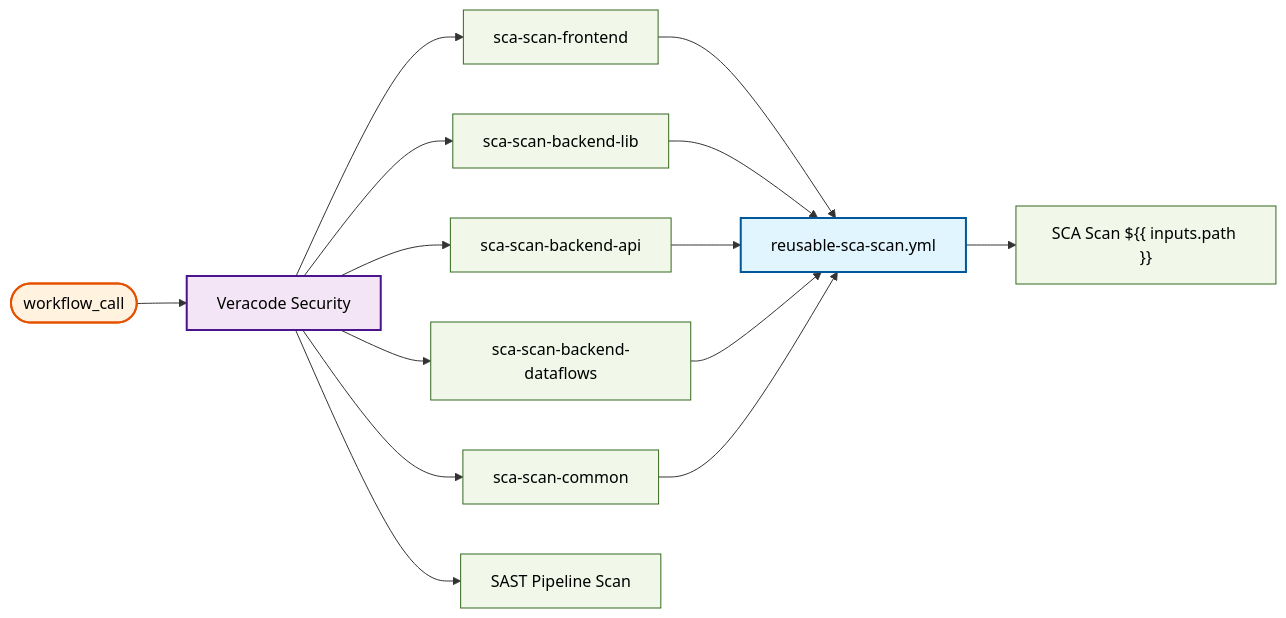
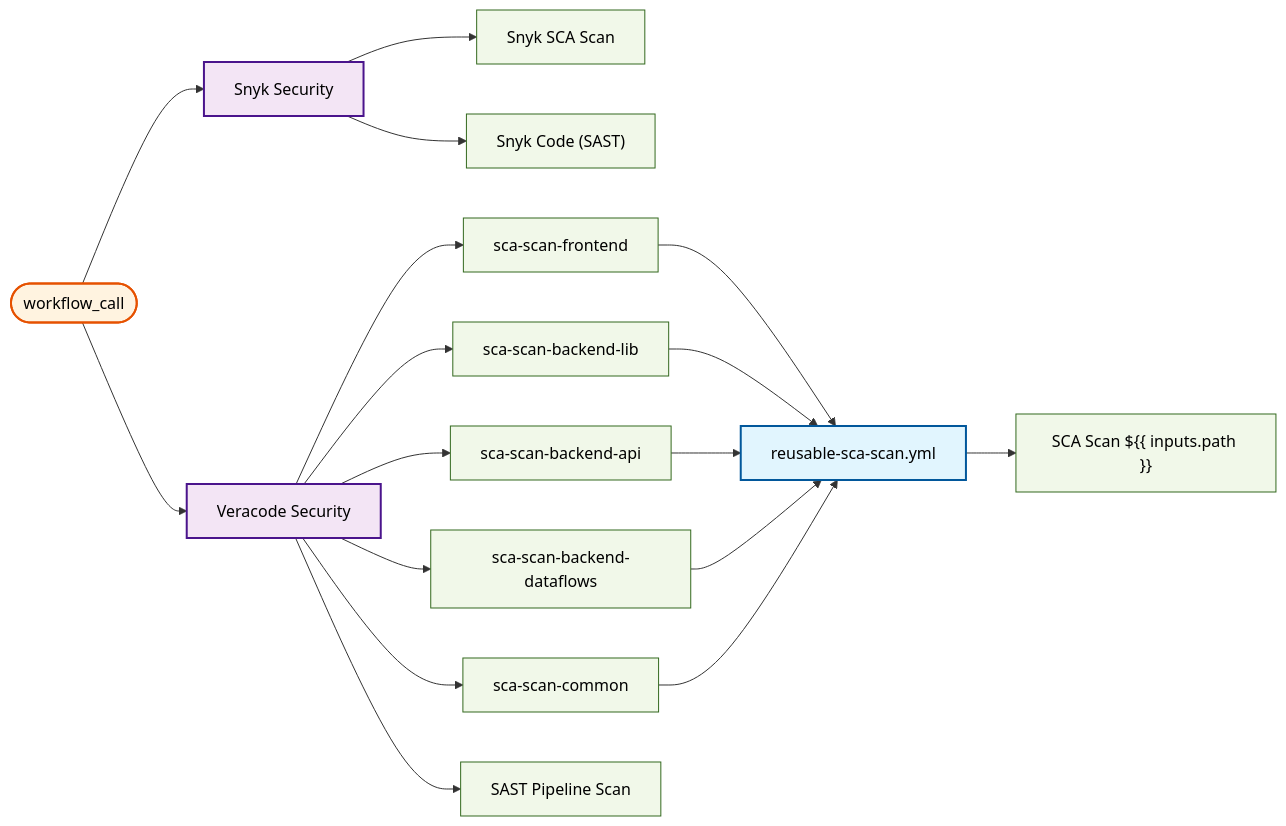
Before and after one commit to US-Trustee-Program/Bankruptcy-Oversight-Support-Systems: the tenth of 22 diagrams in docs/operations/workflow-diagram.md, drawn with Mermaid. The commit also changed other lines of this file and 2 other files, not shown here.

First line of the commit message:
Add Snyk SCA and SAST scans to CD pipeline

````diff
--- a/docs/operations/workflow-diagram.md
+++ b/docs/operations/workflow-diagram.md
@@ -564,43 +580,52 @@
 ```mermaid
 flowchart LR
     trigger_workflow_call(["workflow_call"])
+    sub_snyk_security_scan_yml["Snyk Security"]
+    sub_snyk_security_scan_yml_snyk_sca["Snyk SCA Scan"]
+    sub_snyk_security_scan_yml_snyk_sast["Snyk Code (SAST)"]
     sub_security_scan_yml["Veracode Security"]
     sub_security_scan_yml_sca_scan_frontend["sca-scan-frontend"]
     reusable_sca_scan_yml["reusable-sca-scan.yml"]
     reusable_sca_scan_yml_sca_scan["SCA Scan ${{ inputs.path }}"]
     sub_security_scan_yml_sca_scan_backend_lib["sca-scan-backend-lib"]
     sub_security_scan_yml_sca_scan_backend_api["sca-scan-backend-api"]
     sub_security_scan_yml_sca_scan_backend_dataflows["sca-scan-backend-dataflows"]
     sub_security_scan_yml_sca_scan_common["sca-scan-common"]
     sub_security_scan_yml_sast_pipeline_scan["SAST Pipeline Scan"]
 
+    trigger_workflow_call --> sub_snyk_security_scan_yml
+    sub_snyk_security_scan_yml --> sub_snyk_security_scan_yml_snyk_sca
+    sub_snyk_security_scan_yml --> sub_snyk_security_scan_yml_snyk_sast
     trigger_workflow_call --> sub_security_scan_yml
     sub_security_scan_yml --> sub_security_scan_yml_sca_scan_frontend
     reusable_sca_scan_yml --> reusable_sca_scan_yml_sca_scan
     sub_security_scan_yml_sca_scan_frontend --> reusable_sca_scan_yml
     sub_security_scan_yml --> sub_security_scan_yml_sca_scan_backend_lib
     sub_security_scan_yml_sca_scan_backend_lib --> reusable_sca_scan_yml
     sub_security_scan_yml --> sub_security_scan_yml_sca_scan_backend_api
     sub_security_scan_yml_sca_scan_backend_api --> reusable_sca_scan_yml
     sub_security_scan_yml --> sub_security_scan_yml_sca_scan_backend_dataflows
     sub_security_scan_yml_sca_scan_backend_dataflows --> reusable_sca_scan_yml
     sub_security_scan_yml --> sub_security_scan_yml_sca_scan_common
     sub_security_scan_yml_sca_scan_common --> reusable_sca_scan_yml
     sub_security_scan_yml --> sub_security_scan_yml_sast_pipeline_scan
 
     classDef reusable fill:#e1f5fe,stroke:#01579b,stroke-width:2px,color:#000000
     classDef mainWorkflow fill:#f3e5f5,stroke:#4a148c,stroke-width:2px,color:#000000
     classDef trigger fill:#fff3e0,stroke:#e65100,stroke-width:2px,color:#000000
     classDef job fill:#f1f8e9,stroke:#33691e,stroke-width:1px,color:#000000
 
     class trigger_workflow_call trigger
+    class sub_snyk_security_scan_yml mainWorkflow
+    class sub_snyk_security_scan_yml_snyk_sca job
+    class sub_snyk_security_scan_yml_snyk_sast job
     class sub_security_scan_yml mainWorkflow
     class sub_security_scan_yml_sca_scan_frontend job
     class reusable_sca_scan_yml reusable
     class reusable_sca_scan_yml_sca_scan job
     class sub_security_scan_yml_sca_scan_backend_lib job
     class sub_security_scan_yml_sca_scan_backend_api job
     class sub_security_scan_yml_sca_scan_backend_dataflows job
     class sub_security_scan_yml_sca_scan_common job
     class sub_security_scan_yml_sast_pipeline_scan job
 ```
````
